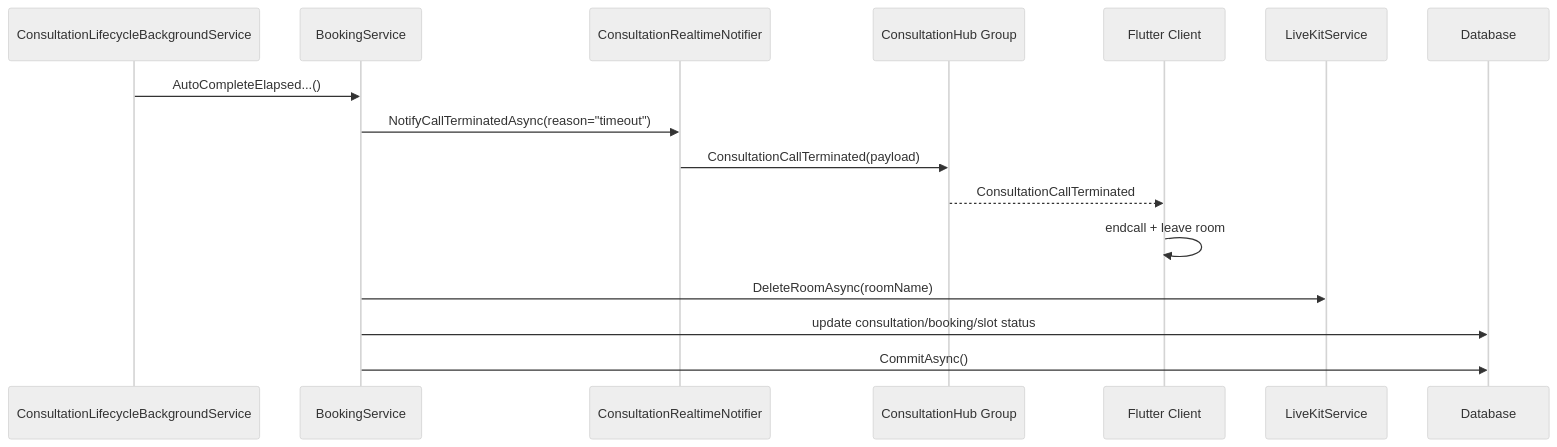
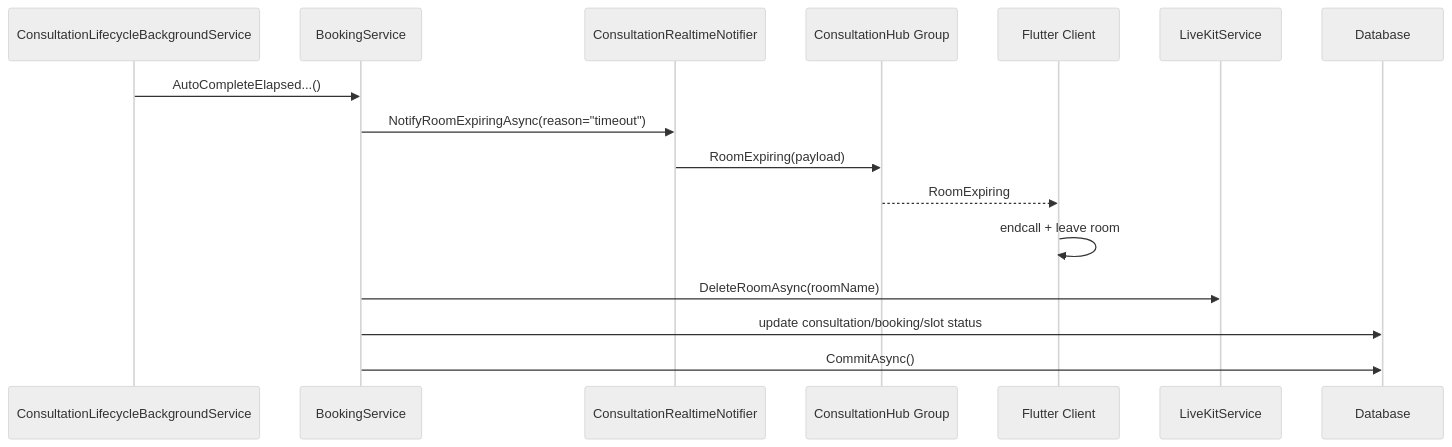
One commit to Snake-AID/SnakeAid.Docs changed the second of 3 diagrams in Docs/05-Backend/02-layers/consultation-endcall-signalr/consultation-endcall-signalr.sourcecode.md. Above: the diagram before and after it, drawn with Mermaid (neutral theme). The commit also changed other lines of this file and 3 other files, not shown here.

First line of the commit message:
docs(consultation-endcall-signalr): standardize on RoomExpiring as endcall trigger

````diff
--- a/Docs/05-Backend/02-layers/consultation-endcall-signalr/consultation-endcall-signalr.sourcecode.md
+++ b/Docs/05-Backend/02-layers/consultation-endcall-signalr/consultation-endcall-signalr.sourcecode.md
@@ -137,19 +126,19 @@
 ```mermaid
 sequenceDiagram
     participant BG as ConsultationLifecycleBackgroundService
     participant Booking as BookingService
     participant Notify as ConsultationRealtimeNotifier
     participant Hub as ConsultationHub Group
     participant Flutter as Flutter Client
     participant LiveKit as LiveKitService
     participant DB as Database
 
     BG->>Booking: AutoCompleteElapsed...()
-    Booking->>Notify: NotifyCallTerminatedAsync(reason="timeout")
-    Notify->>Hub: ConsultationCallTerminated(payload)
-    Hub-->>Flutter: ConsultationCallTerminated
+    Booking->>Notify: NotifyRoomExpiringAsync(reason="timeout")
+    Notify->>Hub: RoomExpiring(payload)
+    Hub-->>Flutter: RoomExpiring
     Flutter->>Flutter: endcall + leave room
     Booking->>LiveKit: DeleteRoomAsync(roomName)
     Booking->>DB: update consultation/booking/slot status
     Booking->>DB: CommitAsync()
 ```
````
